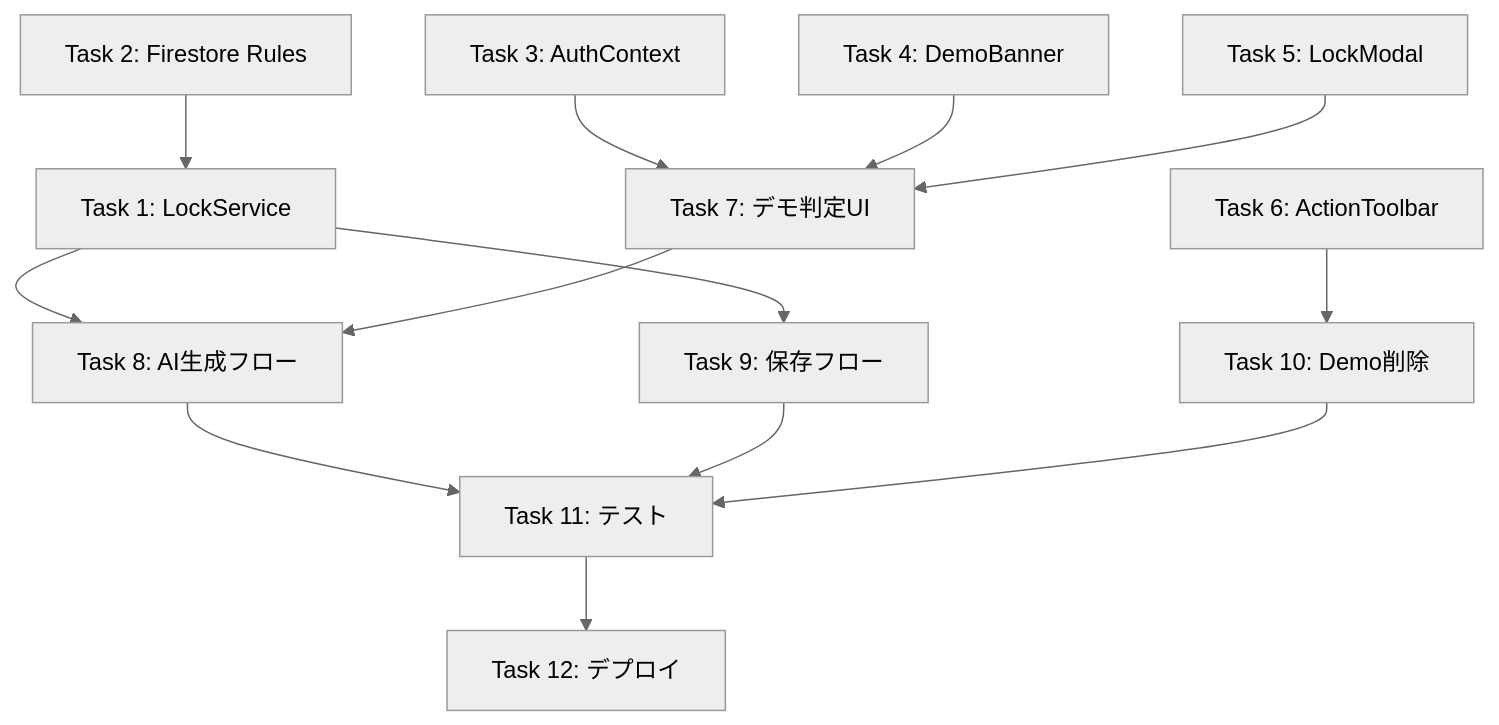
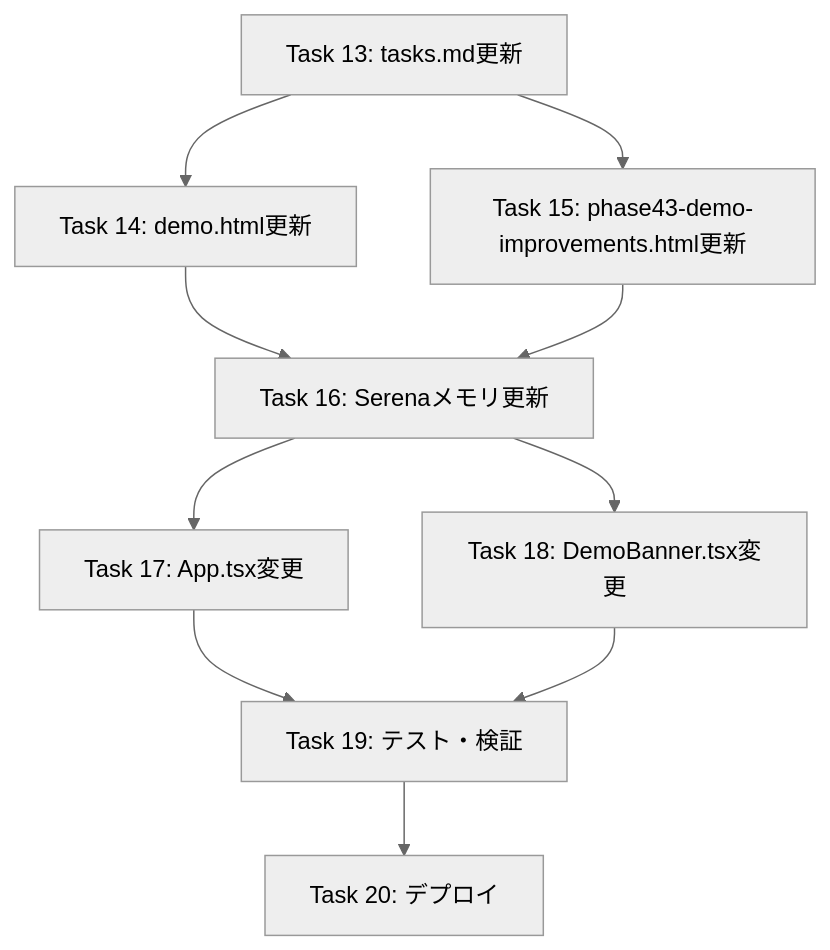
The diagram in .kiro/specs/demo-environment-improvements/tasks.md (yasushi-honda/ai-care-shift-scheduler), drawn with Mermaid (neutral theme) before and after one commit. The commit also changed other lines of this file and 8 other files, not shown here.

First line of the commit message:
feat(demo): Phase 43.2 - デモ環境でも保存を許可

````diff
--- a/.kiro/specs/demo-environment-improvements/tasks.md
+++ b/.kiro/specs/demo-environment-improvements/tasks.md
@@ -270,15 +265,12 @@
 ```mermaid
 graph TD
-    T1[Task 1: LockService] --> T8[Task 8: AI生成フロー]
-    T1 --> T9[Task 9: 保存フロー]
-    T2[Task 2: Firestore Rules] --> T1
-    T3[Task 3: AuthContext] --> T7[Task 7: デモ判定UI]
-    T4[Task 4: DemoBanner] --> T7
-    T5[Task 5: LockModal] --> T7
-    T6[Task 6: ActionToolbar] --> T10[Task 10: Demo削除]
-    T7 --> T8
-    T8 --> T11[Task 11: テスト]
-    T9 --> T11
-    T10 --> T11
-    T11 --> T12[Task 12: デプロイ]
+    T13[Task 13: tasks.md更新] --> T14[Task 14: demo.html更新]
+    T13 --> T15[Task 15: phase43-demo-improvements.html更新]
+    T14 --> T16[Task 16: Serenaメモリ更新]
+    T15 --> T16
+    T16 --> T17[Task 17: App.tsx変更]
+    T16 --> T18[Task 18: DemoBanner.tsx変更]
+    T17 --> T19[Task 19: テスト・検証]
+    T18 --> T19
+    T19 --> T20[Task 20: デプロイ]
 ```
````
